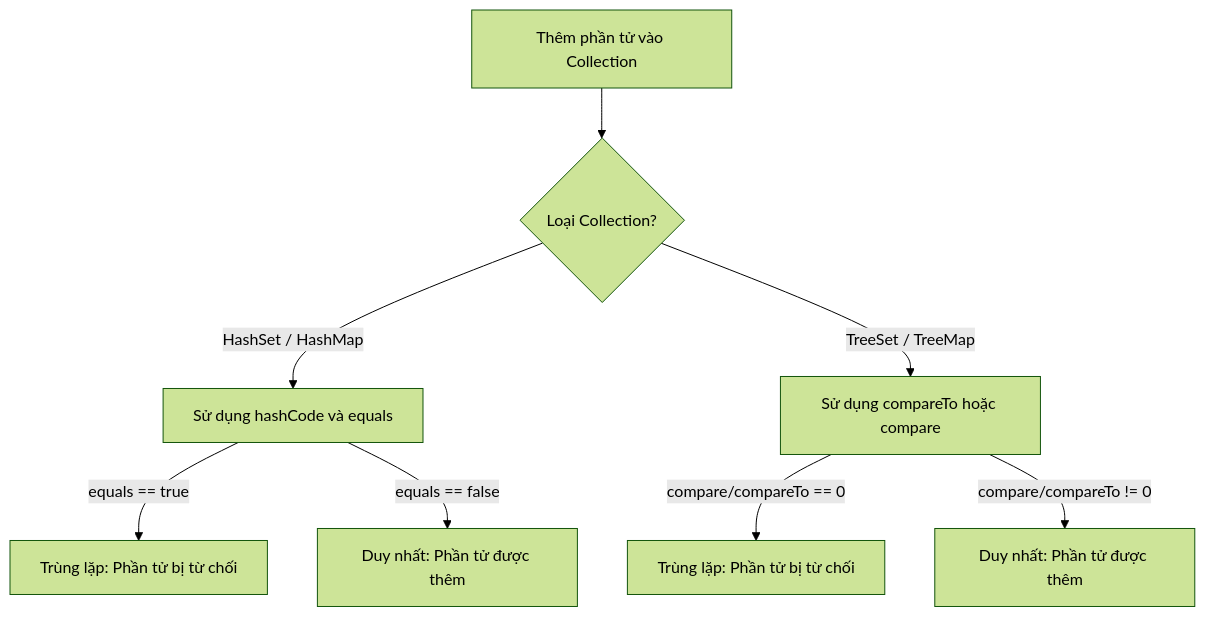
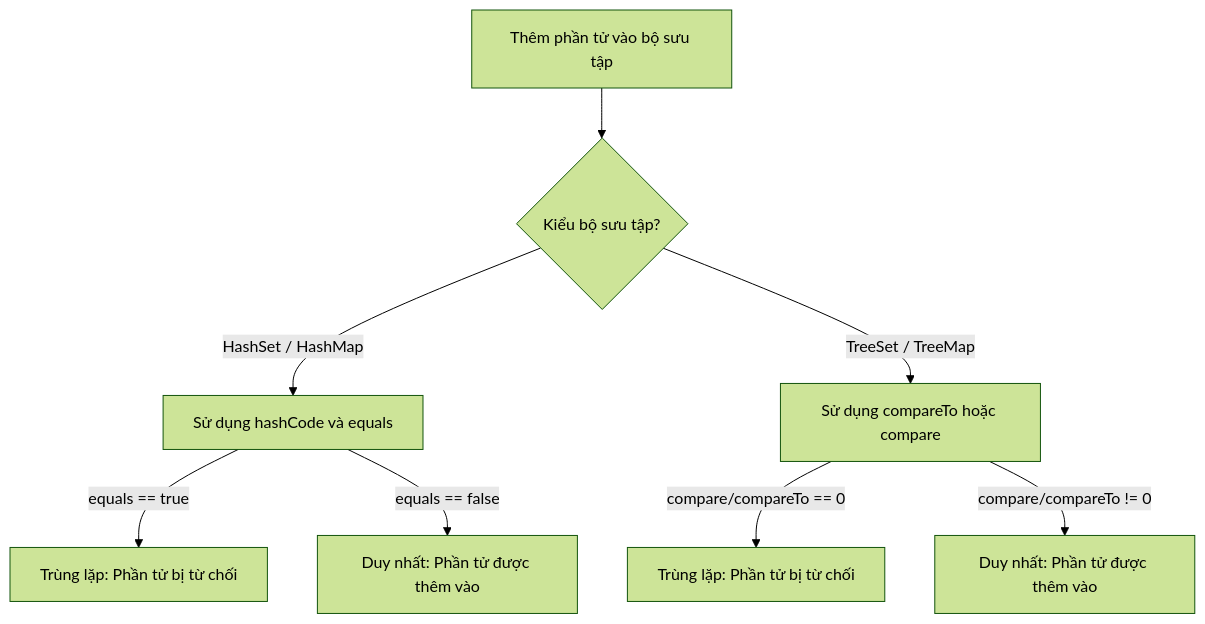
One commit to PhuThien2005/theoretical-of-java-core changed the first of 3 diagrams in vi/20-comparable-comparator/theory/01-comparable-concepts.md. Above: the diagram before and after it, drawn with Mermaid (forest theme). The commit also changed other lines of this file and 229 other files, not shown here.

````diff
--- a/vi/20-comparable-comparator/theory/01-comparable-concepts.md
+++ b/vi/20-comparable-comparator/theory/01-comparable-concepts.md
@@ -59,10 +58,10 @@
 ```mermaid
 flowchart TD
-    A[Thêm phần tử vào Collection] --> B{Loại Collection?}
+    A[Thêm phần tử vào bộ sưu tập] --> B{Kiểu bộ sưu tập?}
     B -->|HashSet / HashMap| C[Sử dụng hashCode và equals]
     B -->|TreeSet / TreeMap| D[Sử dụng compareTo hoặc compare]
     C -->|equals == true| E[Trùng lặp: Phần tử bị từ chối]
-    C -->|equals == false| F[Duy nhất: Phần tử được thêm]
+    C -->|equals == false| F[Duy nhất: Phần tử được thêm vào]
     D -->|compare/compareTo == 0| G[Trùng lặp: Phần tử bị từ chối]
-    D -->|compare/compareTo != 0| H[Duy nhất: Phần tử được thêm]
+    D -->|compare/compareTo != 0| H[Duy nhất: Phần tử được thêm vào]
 ```
````
